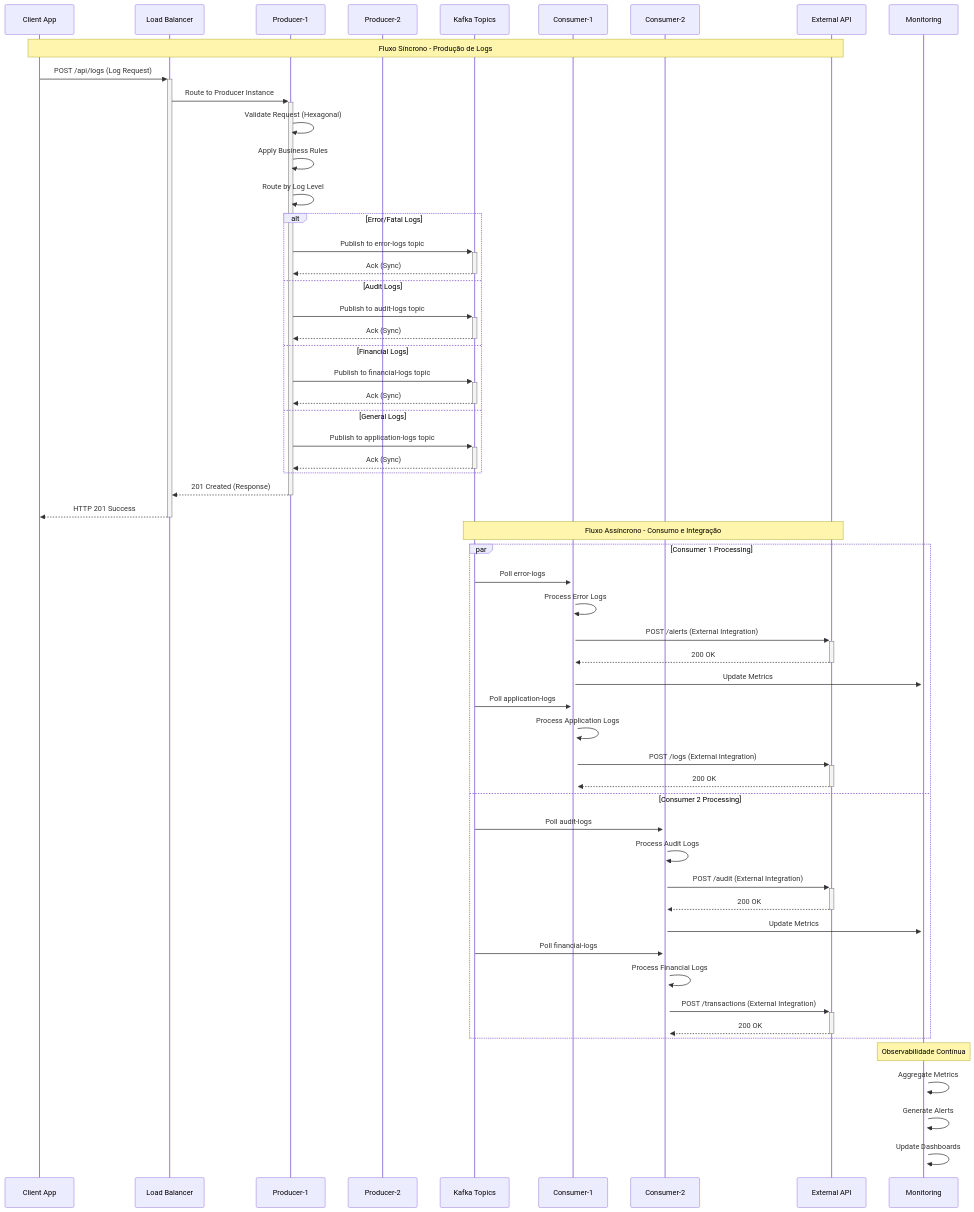
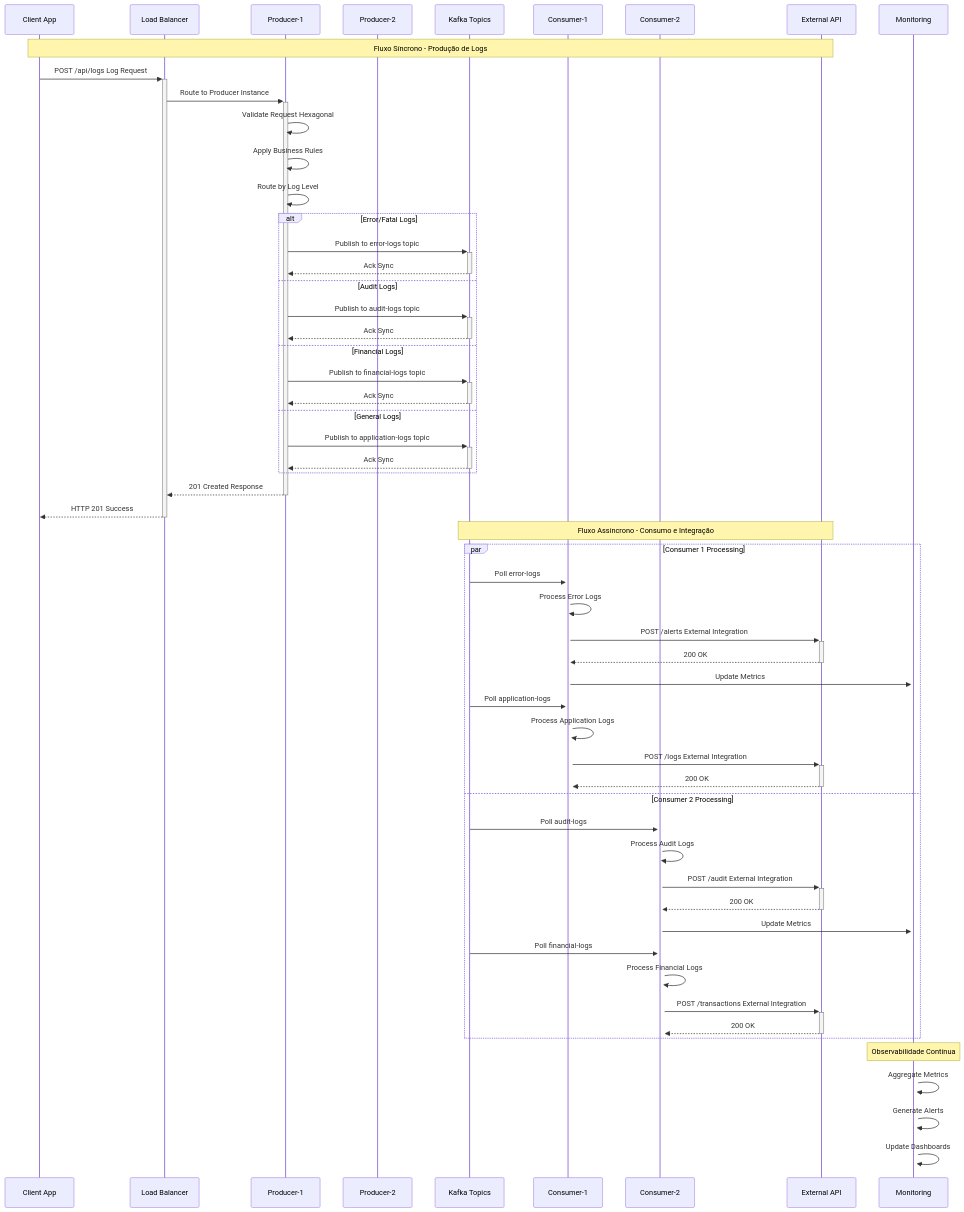
One commit to italo-costa/estudosKBNT_Kafka_Logs_V2_cleanCode changed the second of 5 diagrams in docs/DIAGRAMAS_ARQUITETURA_COMPLETOS.md. Above: the diagram before and after it, drawn with Mermaid. The commit also changed other lines of this file, not shown here.

First line of the commit message:
fix: Complete Mermaid syntax cleanup for all diagrams

````diff
--- a/docs/DIAGRAMAS_ARQUITETURA_COMPLETOS.md
+++ b/docs/DIAGRAMAS_ARQUITETURA_COMPLETOS.md
@@ -110,69 +110,69 @@
 ```mermaid
 sequenceDiagram
     participant C as Client App
     participant LB as Load Balancer
     participant P1 as Producer-1
     participant P2 as Producer-2
     participant KT as Kafka Topics
     participant C1 as Consumer-1
     participant C2 as Consumer-2
     participant API as External API
     participant MON as Monitoring
     
     Note over C,API: Fluxo Síncrono - Produção de Logs
     
-    C->>+LB: POST /api/logs (Log Request)
+    C->>+LB: POST /api/logs Log Request
     LB->>+P1: Route to Producer Instance
     
-    P1->>P1: Validate Request (Hexagonal)
+    P1->>P1: Validate Request Hexagonal
     P1->>P1: Apply Business Rules
     P1->>P1: Route by Log Level
     
     alt Error/Fatal Logs
         P1->>+KT: Publish to error-logs topic
-        KT-->>-P1: Ack (Sync)
+        KT-->>-P1: Ack Sync
     else Audit Logs
         P1->>+KT: Publish to audit-logs topic
-        KT-->>-P1: Ack (Sync)
+        KT-->>-P1: Ack Sync
     else Financial Logs
         P1->>+KT: Publish to financial-logs topic
-        KT-->>-P1: Ack (Sync)
+        KT-->>-P1: Ack Sync
     else General Logs
         P1->>+KT: Publish to application-logs topic
-        KT-->>-P1: Ack (Sync)
+        KT-->>-P1: Ack Sync
     end
     
-    P1-->>-LB: 201 Created (Response)
+    P1-->>-LB: 201 Created Response
     LB-->>-C: HTTP 201 Success
     
     Note over KT,API: Fluxo Assíncrono - Consumo e Integração
     
     par Consumer 1 Processing
         KT->>+C1: Poll error-logs
         C1->>C1: Process Error Logs
-        C1->>+API: POST /alerts (External Integration)
+        C1->>+API: POST /alerts External Integration
         API-->>-C1: 200 OK
         C1->>+MON: Update Metrics
         
         KT->>+C1: Poll application-logs
         C1->>C1: Process Application Logs
-        C1->>+API: POST /logs (External Integration)
+        C1->>+API: POST /logs External Integration
         API-->>-C1: 200 OK
     and Consumer 2 Processing
         KT->>+C2: Poll audit-logs
         C2->>C2: Process Audit Logs
-        C2->>+API: POST /audit (External Integration)
+        C2->>+API: POST /audit External Integration
         API-->>-C2: 200 OK
         C2->>+MON: Update Metrics
         
         KT->>+C2: Poll financial-logs
         C2->>C2: Process Financial Logs
-        C2->>+API: POST /transactions (External Integration)
+        C2->>+API: POST /transactions External Integration
         API-->>-C2: 200 OK
     end
     
     Note over MON: Observabilidade Contínua
     MON->>MON: Aggregate Metrics
     MON->>MON: Generate Alerts
     MON->>MON: Update Dashboards
 ```
````
